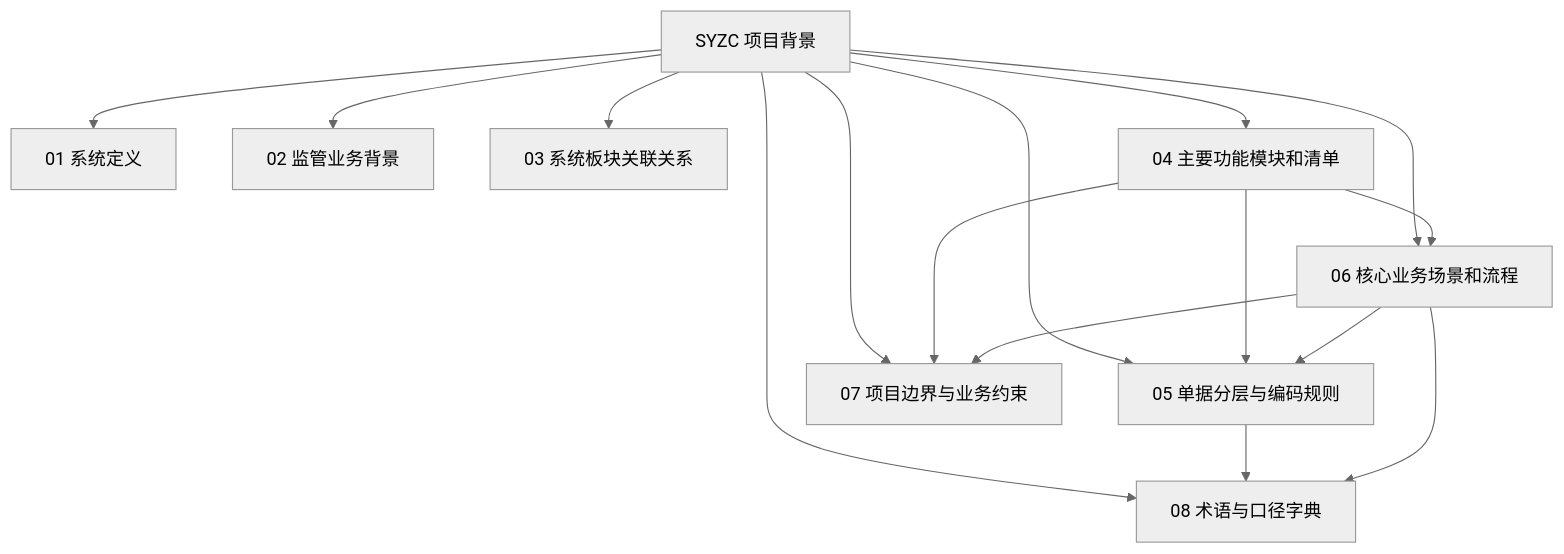
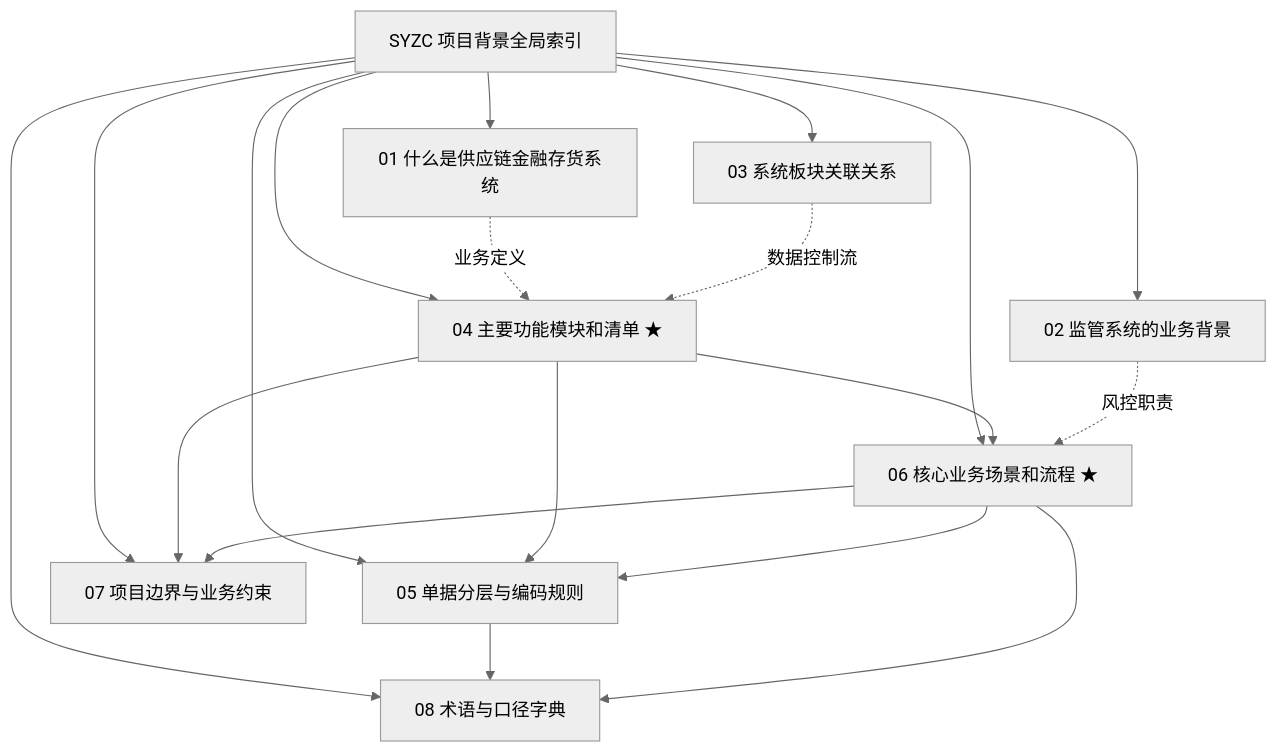
Before and after one commit to RobertHuang999/SYZC: the diagram in 01-项目背景/00-背景信息索引.md, drawn with Mermaid (neutral theme). The commit also changed other lines of this file and 13 other files, not shown here.

````diff
--- a/01-项目背景/00-背景信息索引.md
+++ b/01-项目背景/00-背景信息索引.md
@@ -7,18 +10,22 @@
 ```mermaid
 graph TD
-    A[SYZC 项目背景] --> B[01 系统定义]
-    A --> C[02 监管业务背景]
+    A[SYZC 项目背景全局索引] --> B[01 什么是供应链金融存货系统]
+    A --> C[02 监管系统的业务背景]
     A --> D[03 系统板块关联关系]
-    A --> E[04 主要功能模块和清单]
+    A --> E[04 主要功能模块和清单 ★]
     A --> F[05 单据分层与编码规则]
-    A --> G[06 核心业务场景和流程]
+    A --> G[06 核心业务场景和流程 ★]
     A --> H[07 项目边界与业务约束]
     A --> I[08 术语与口径字典]
+
     E --> F
     E --> G
     G --> F
     E --> H
     G --> H
     F --> I
     G --> I
+    B -.业务定义.-> E
+    C -.风控职责.-> G
+    D -.数据控制流.-> E
 ```
````
